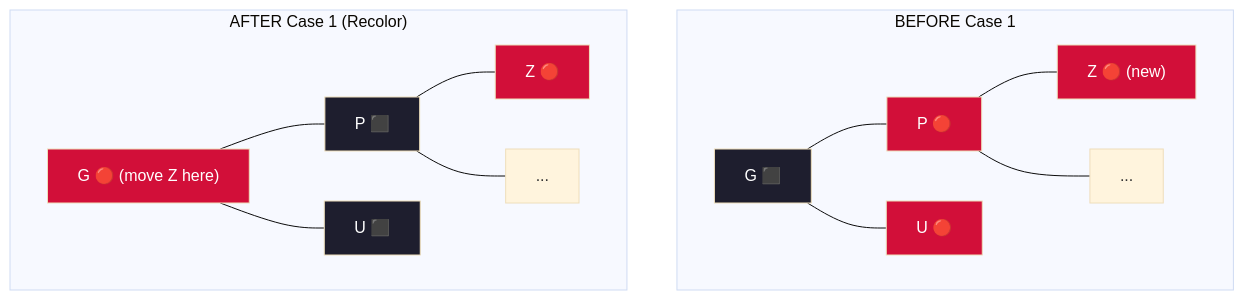
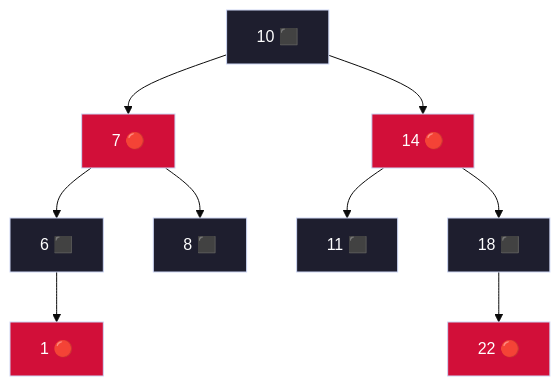
The tenth of 29 diagrams in notes/design_and_analysis_of_algorithms/Unit_04_Advanced_Data_Structures.md (DeepLumiere/DeepSkills), drawn with Mermaid (base theme) before and after one commit. The commit also changed other lines of this file, not shown here.

````diff
--- a/notes/design_and_analysis_of_algorithms/Unit_04_Advanced_Data_Structures.md
+++ b/notes/design_and_analysis_of_algorithms/Unit_04_Advanced_Data_Structures.md
@@ -137,23 +334,20 @@
 ```mermaid
 flowchart TD
-    subgraph "BEFORE Case 1"
-        G1["G ⬛"] --- P1["P 🔴"]
-        G1 --- U1["U 🔴"]
-        P1 --- Z1["Z 🔴 (new)"]
-        P1 --- N1["..."]
-        style G1 fill:#1e1e2e,color:#fff
-        style P1 fill:#d20f39,color:#fff
-        style U1 fill:#d20f39,color:#fff
-        style Z1 fill:#d20f39,color:#fff
-    end
-    subgraph "AFTER Case 1 (Recolor)"
-        G2["G 🔴 (move Z here)"] --- P2["P ⬛"]
-        G2 --- U2["U ⬛"]
-        P2 --- Z2["Z 🔴"]
-        P2 --- N2["..."]
-        style G2 fill:#d20f39,color:#fff
-        style P2 fill:#1e1e2e,color:#fff
-        style U2 fill:#1e1e2e,color:#fff
-        style Z2 fill:#d20f39,color:#fff
-    end
+    s9["10 ⬛"] --> s9l["7 🔴"]
+    s9 --> s9r["14 🔴"]
+    s9l --> s9ll["6 ⬛"]
+    s9l --> s9lr["8 ⬛"]
+    s9r --> s9rl["11 ⬛"]
+    s9r --> s9rr["18 ⬛"]
+    s9ll --> s9lll["1 🔴"]
+    s9rr --> s9rrr["22 🔴"]
+    style s9 fill:#1e1e2e,color:#fff,stroke:#cdd6f4
+    style s9l fill:#d20f39,color:#fff,stroke:#cdd6f4
+    style s9r fill:#d20f39,color:#fff,stroke:#cdd6f4
+    style s9ll fill:#1e1e2e,color:#fff,stroke:#cdd6f4
+    style s9lr fill:#1e1e2e,color:#fff,stroke:#cdd6f4
+    style s9rl fill:#1e1e2e,color:#fff,stroke:#cdd6f4
+    style s9rr fill:#1e1e2e,color:#fff,stroke:#cdd6f4
+    style s9lll fill:#d20f39,color:#fff,stroke:#cdd6f4
+    style s9rrr fill:#d20f39,color:#fff,stroke:#cdd6f4
 ```
````
